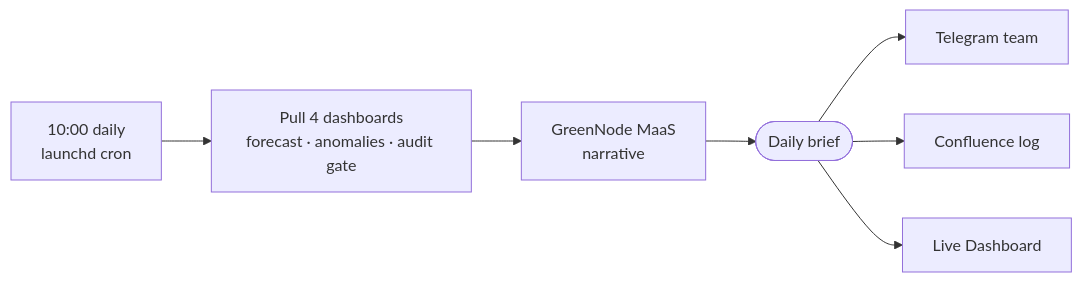
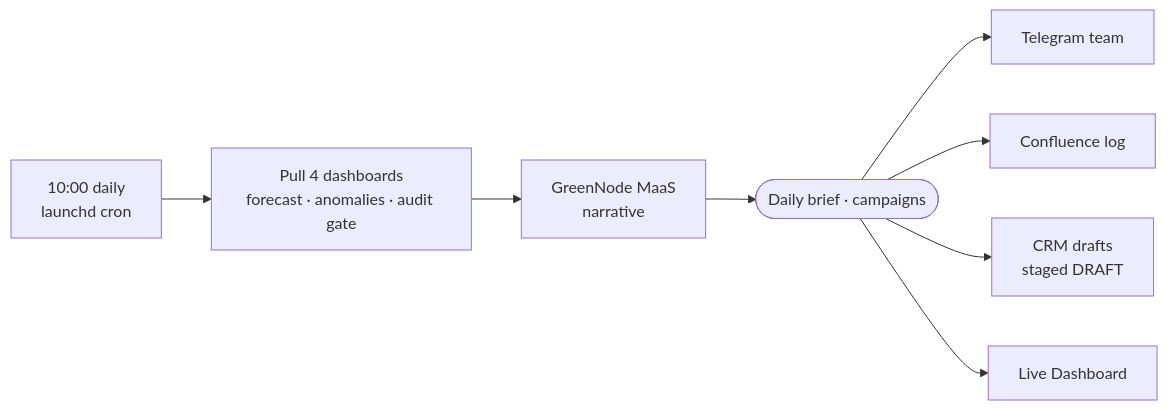
The first of 3 diagrams in README.md (thai-max-nguyen/claw-a-thon-demo-agent-mvp), drawn with Mermaid before and after one commit. The commit also changed other lines of this file and 1 other file, not shown here.

First line of the commit message:
feat: daily cron matches Telegram flow — also stages DRAFT CRM + syncs dashboard

````diff
--- a/README.md
+++ b/README.md
@@ -54,9 +57,10 @@
 ```mermaid
 flowchart LR
   CR["10:00 daily<br/>launchd cron"] --> P["Pull 4 dashboards<br/>forecast · anomalies · audit gate"]
   P --> N["GreenNode MaaS<br/>narrative"]
-  N --> O(["Daily brief"])
+  N --> O(["Daily brief · campaigns"])
   O --> TG["Telegram team"]
   O --> CF["Confluence log"]
+  O --> RM["CRM drafts<br/>staged DRAFT"]
   O --> DB["Live Dashboard"]
 ```
````
